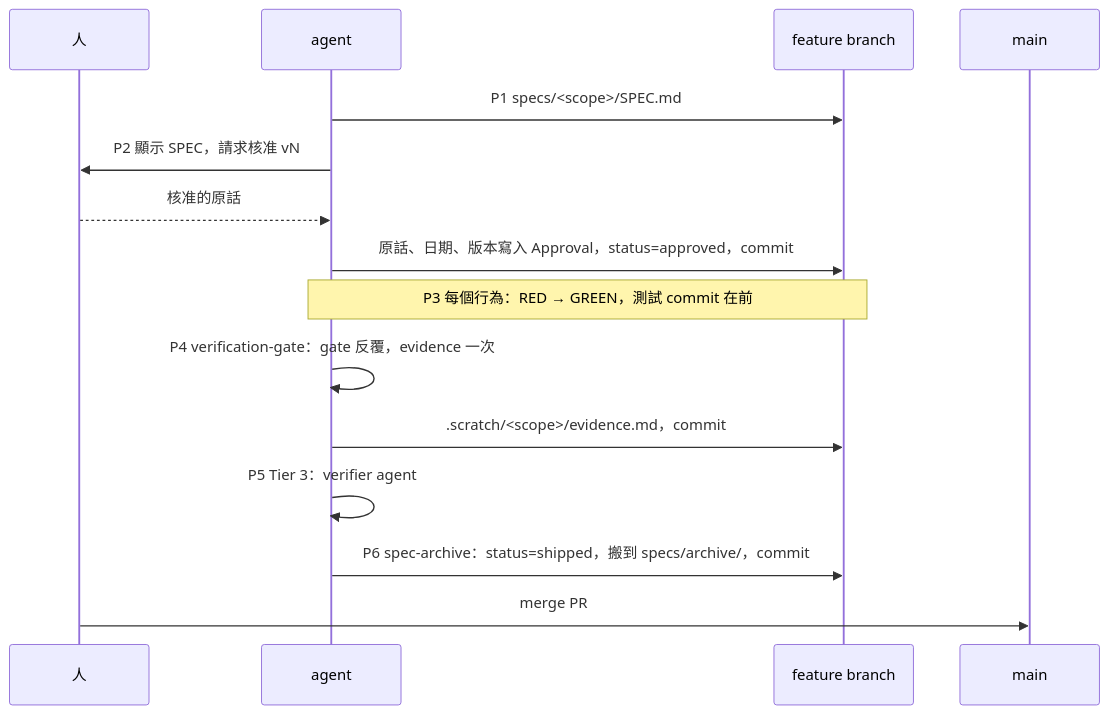
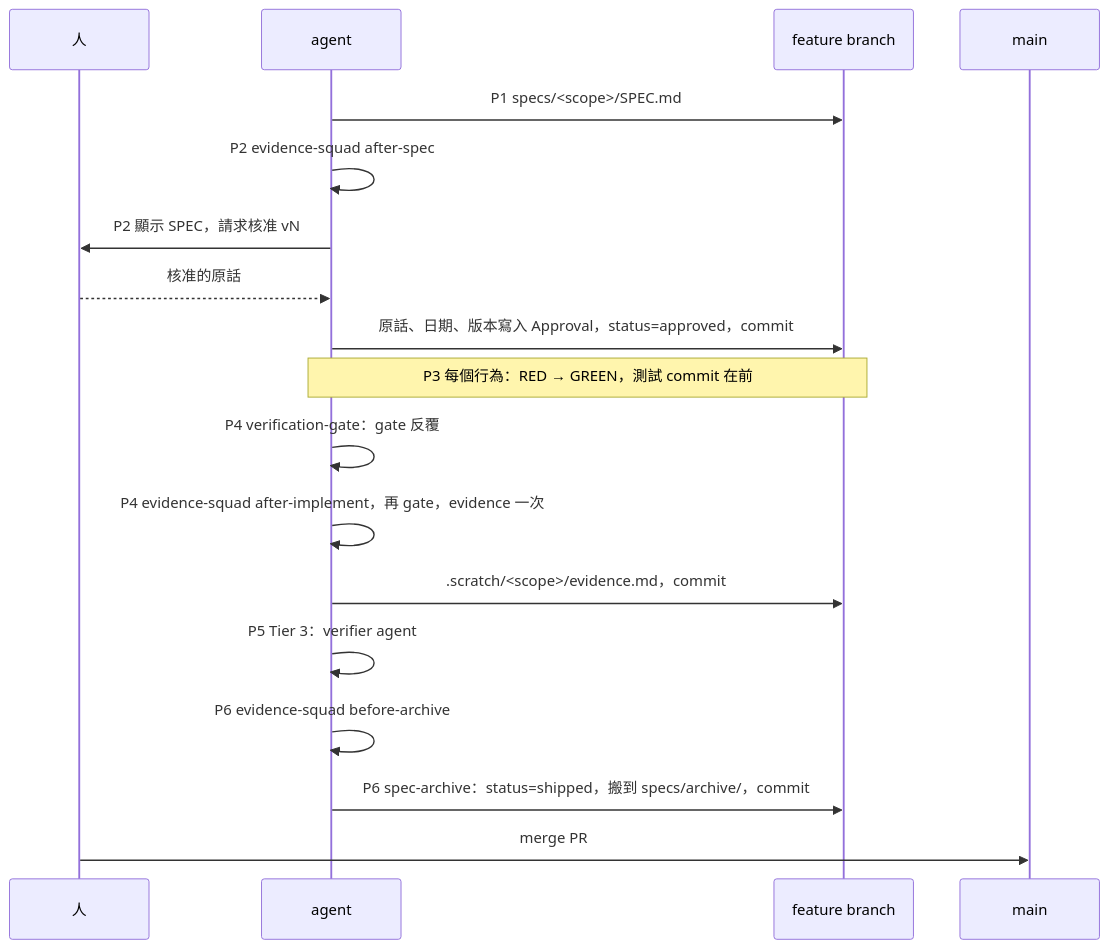
Before and after one commit to gn00678465/dotfiles: the diagram in docs/evidence-first.md, drawn with Mermaid. The commit also changed other lines of this file and 11 other files, not shown here.

First line of the commit message:
feat(evidence-first): 新增 evidence-squad skill，封存前檢查判定與 squad 紀錄

````diff
--- a/docs/evidence-first.md
+++ b/docs/evidence-first.md
@@ -54,18 +55,21 @@
 ```mermaid
 sequenceDiagram
     participant H as 人
     participant A as agent
     participant G as feature branch
     participant M as main
 
     A->>G: P1 specs/<scope>/SPEC.md
+    A->>A: P2 evidence-squad after-spec
     A->>H: P2 顯示 SPEC，請求核准 vN
     H-->>A: 核准的原話
     A->>G: 原話、日期、版本寫入 Approval，status=approved，commit
     Note over A,G: P3 每個行為：RED → GREEN，測試 commit 在前
-    A->>A: P4 verification-gate：gate 反覆，evidence 一次
+    A->>A: P4 verification-gate：gate 反覆
+    A->>A: P4 evidence-squad after-implement，再 gate，evidence 一次
     A->>G: .scratch/<scope>/evidence.md，commit
     A->>A: P5 Tier 3：verifier agent
+    A->>A: P6 evidence-squad before-archive
     A->>G: P6 spec-archive：status=shipped，搬到 specs/archive/，commit
     H->>M: merge PR
 ```
````
